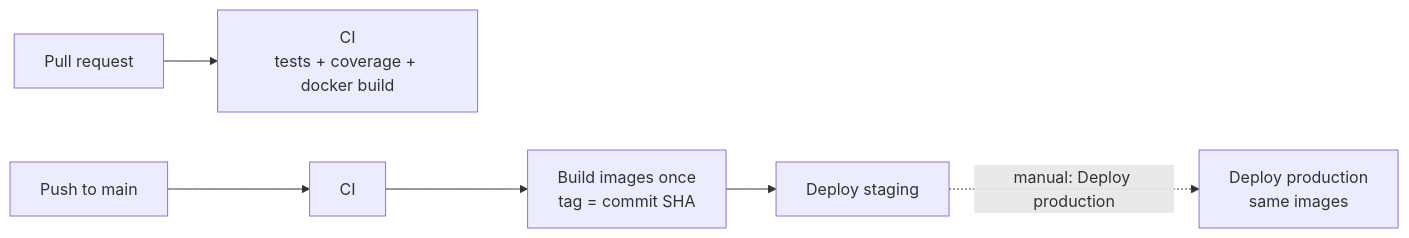
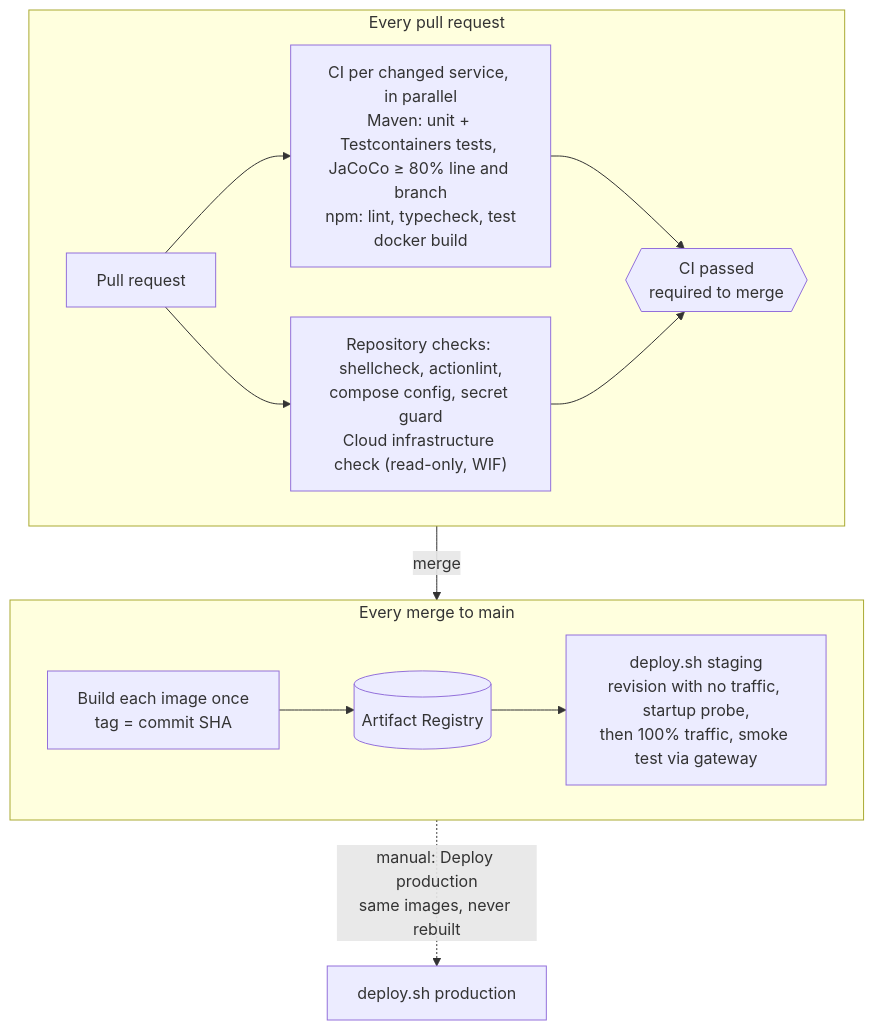
Before and after one commit to CS3219-AY2627S1/FoC-Template: the first of 2 diagrams in docs/ci-cd.md, drawn with Mermaid. The commit also changed other lines of this file and 2 other files, not shown here.

First line of the commit message:
docs: architecture and deployment diagrams, design decisions, team roles

````diff
--- a/docs/ci-cd.md
+++ b/docs/ci-cd.md
@@ -33,6 +35,16 @@
 ```mermaid
-flowchart LR
-  pr[Pull request] --> ci[CI<br/>tests + coverage + docker build]
-  main[Push to main] --> ci2[CI] --> build[Build images once<br/>tag = commit SHA] --> stg[Deploy staging]
-  stg -. "manual: Deploy production" .-> prod[Deploy production<br/>same images]
+flowchart TB
+  subgraph prflow["Every pull request"]
+    direction LR
+    pr["Pull request"] --> ci["CI per changed service, in parallel<br/>Maven: unit + Testcontainers tests, JaCoCo ≥ 80% line and branch<br/>npm: lint, typecheck, test<br/>docker build"]
+    pr --> checks["Repository checks: shellcheck, actionlint,<br/>compose config, secret guard<br/>Cloud infrastructure check (read-only, WIF)"]
+    ci & checks --> gate{{"CI passed<br/>required to merge"}}
+  end
+  subgraph mainflow["Every merge to main"]
+    direction LR
+    build["Build each image once<br/>tag = commit SHA"] --> ar[("Artifact Registry")]
+    ar --> stg["deploy.sh staging<br/>revision with no traffic, startup probe,<br/>then 100% traffic, smoke test via gateway"]
+  end
+  gate -- merge --> build
+  stg -. "manual: Deploy production<br/>same images, never rebuilt" .-> prod["deploy.sh production"]
 ```
````
